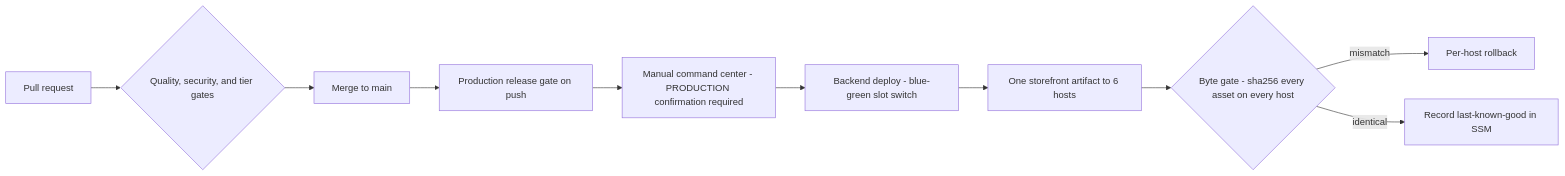
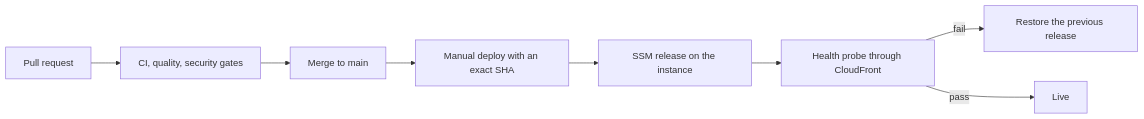
The diagram in README.md (MdSaifulIslamMSI/Aura), drawn with Mermaid before and after one commit. The commit also changed other lines of this file, not shown here.

````diff
--- a/README.md
+++ b/README.md
@@ -122,12 +180,10 @@
 ```mermaid
 flowchart LR
-    A[Pull request] --> B{Quality, security, and tier gates}
+    A[Pull request] --> B[CI, quality, security gates]
     B --> C[Merge to main]
-    C --> D[Production release gate on push]
-    D --> E[Manual command center - PRODUCTION confirmation required]
-    E --> F[Backend deploy - blue-green slot switch]
-    F --> G[One storefront artifact to 6 hosts]
-    G --> H{Byte gate - sha256 every asset on every host}
-    H -->|mismatch| I[Per-host rollback]
-    H -->|identical| J[Record last-known-good in SSM]
+    C --> D[Manual deploy with an exact SHA]
+    D --> E[SSM release on the instance]
+    E --> F[Health probe through CloudFront]
+    F -->|fail| G[Restore the previous release]
+    F -->|pass| H[Live]
 ```
````
